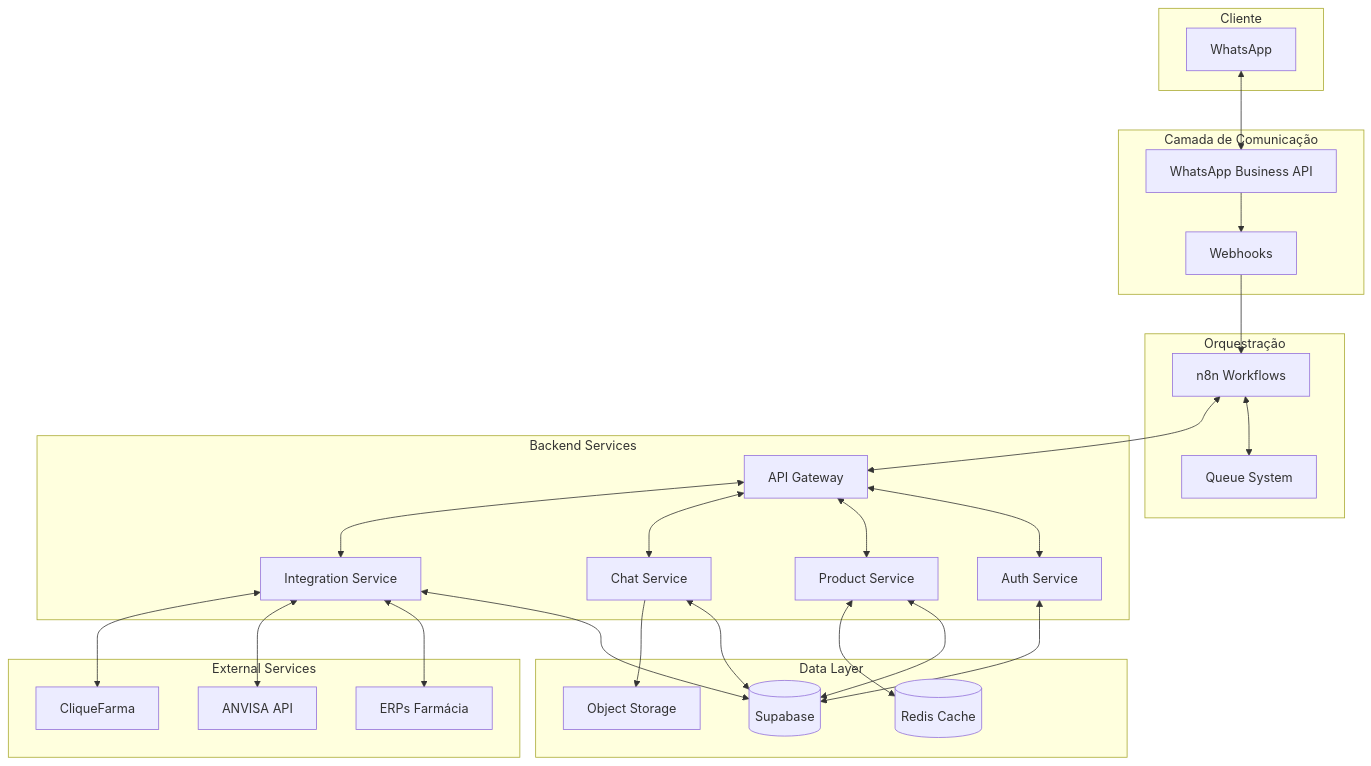
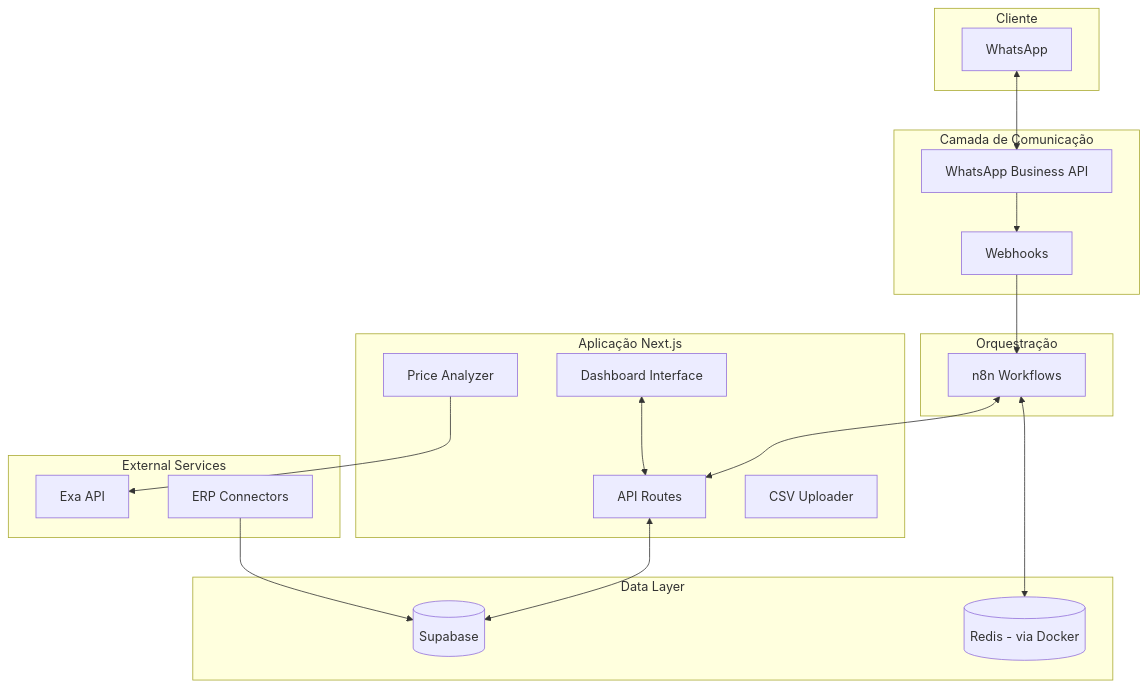
One commit to yurimarianocf2/ImpulsIA changed the diagram in CLAUDE.md. Above: the diagram before and after it, drawn with Mermaid. The commit also changed other lines of this file and 56 other files, not shown here.

````diff
--- a/CLAUDE.md
+++ b/CLAUDE.md
@@ -22,47 +22,42 @@
 ```mermaid
 graph TB
     subgraph "Cliente"
         WA[WhatsApp]
     end
     
     subgraph "Camada de Comunicação"
         WAPI[WhatsApp Business API]
         WH[Webhooks]
     end
     
+    subgraph "Aplicação Next.js"
+        UI[Dashboard Interface]
+        API[API Routes]
+        PA[Price Analyzer]
+        CU[CSV Uploader]
+    end
+    
     subgraph "Orquestração"
         N8N[n8n Workflows]
-        Q[Queue System]
-    end
-    
-    subgraph "Backend Services"
-        API[API Gateway]
-        AS[Auth Service]
-        PS[Product Service]
-        CS[Chat Service]
-        IS[Integration Service]
     end
     
     subgraph "Data Layer"
         SB[(Supabase)]
-        RD[(Redis Cache)]
-        S3[Object Storage]
+        RD[(Redis - via Docker)]
     end
     
     subgraph "External Services"
-        ERP[ERPs Farmácia]
-        ANVISA[ANVISA API]
-        CF[CliqueFarma]
+        EXA[Exa API]
+        ERP[ERP Connectors]
     end
     
     WA <--> WAPI
     WAPI --> WH
     WH --> N8N
-    N8N <--> Q
     N8N <--> API
-    API <--> AS & PS & CS & IS
-    AS & PS & CS & IS <--> SB
-    PS <--> RD
-    IS <--> ERP & ANVISA & CF
-    CS --> S3
+    UI <--> API
+    API <--> SB
+    PA --> EXA
+    ERP --> SB
+    N8N <--> RD
 ```
````
